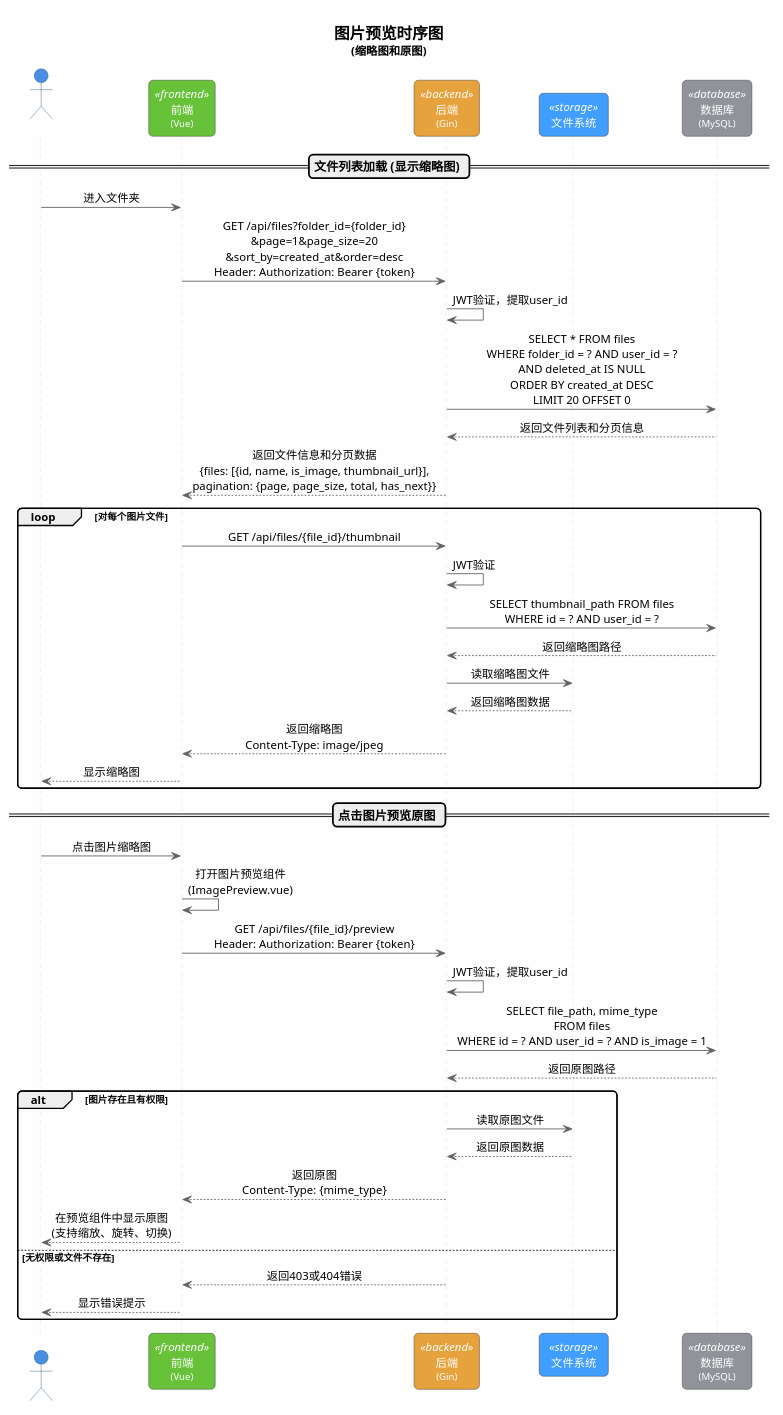
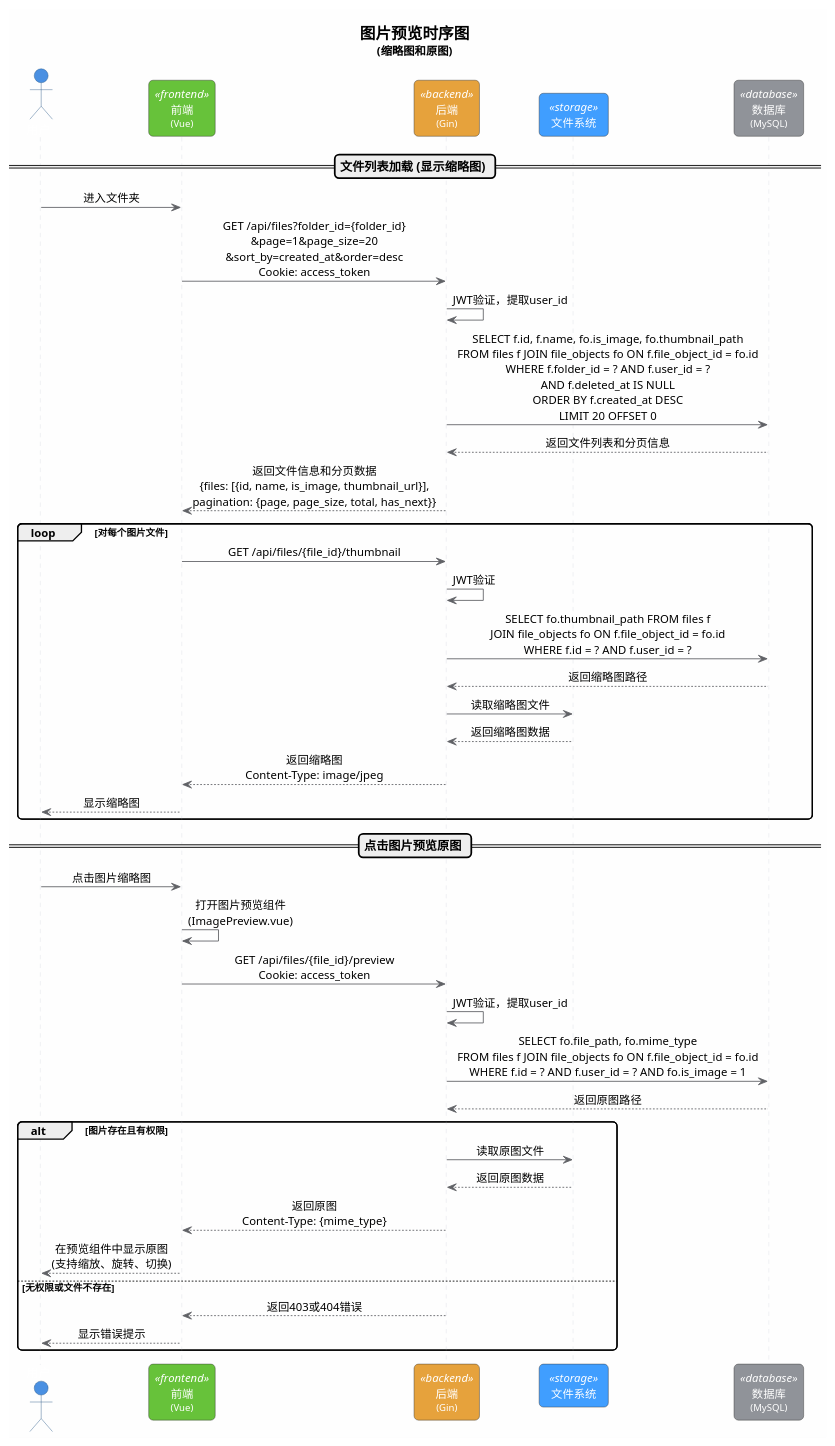
The fourth of 6 diagrams in doc/sequence-diagrams.puml (weiguangshuai/mCloud), drawn with PlantUML before and after one commit. The commit also changed other lines of this file and 6 other files, not shown here.

```diff
--- a/doc/sequence-diagrams.puml
+++ b/doc/sequence-diagrams.puml
@@ -380,87 +389,87 @@
 @startuml 图片预览流程
 
 '样式配置
 skinparam backgroundColor #FEFEFE
 skinparam sequenceMessageAlign center
 skinparam roundcorner 10
 skinparam shadowing false
 
 skinparam actor {
     BackgroundColor #4A90E2
     BorderColor #2E5C8A
     FontColor White
     FontSize 14
 }
 
 skinparam participant {
     BackgroundColor<<frontend>> #67C23A
     BackgroundColor<<backend>> #E6A23C
     BackgroundColor<<database>> #909399
     BackgroundColor<<storage>> #409EFF
     BorderColor #333333
     FontColor White
     FontSize 13
 }
 
 skinparam sequence {
     ArrowColor #606266
     LifeLineBorderColor #DCDFE6
     LifeLineBackgroundColor #F2F6FC
     BoxBackgroundColor #ECF5FF
     BoxBorderColor #409EFF
 }
 
 skinparam note {
     BackgroundColor #FFF9E6
     BorderColor #E6A23C
     FontSize 11
 }
 
 title <size:18><b>图片预览时序图</b></size>\n<size:13>(缩略图和原图)</size>
 
 actor 用户 as User
 participant "  前端  \n<size:11>(Vue)</size>" as Frontend <<frontend>>
 participant "  后端  \n<size:11>(Gin)</size>" as Backend <<backend>>
 participant "  文件系统  " as FileSystem <<storage>>
 participant "  数据库  \n<size:11>(MySQL)</size>" as DB <<database>>
 
 == <b><size:14>文件列表加载 (显示缩略图)</size></b> ==
 
 User -> Frontend: 进入文件夹
-Frontend -> Backend: GET /api/files?folder_id={folder_id}\n&page=1&page_size=20\n&sort_by=created_at&order=desc\nHeader: Authorization: Bearer {token}
+Frontend -> Backend: GET /api/files?folder_id={folder_id}\n&page=1&page_size=20\n&sort_by=created_at&order=desc\nCookie: access_token
 Backend -> Backend: JWT验证，提取user_id
-Backend -> DB: SELECT * FROM files\nWHERE folder_id = ? AND user_id = ?\nAND deleted_at IS NULL\nORDER BY created_at DESC\nLIMIT 20 OFFSET 0
+Backend -> DB: SELECT f.id, f.name, fo.is_image, fo.thumbnail_path\nFROM files f JOIN file_objects fo ON f.file_object_id = fo.id\nWHERE f.folder_id = ? AND f.user_id = ?\nAND f.deleted_at IS NULL\nORDER BY f.created_at DESC\nLIMIT 20 OFFSET 0
 DB --> Backend: 返回文件列表和分页信息
 Backend --> Frontend: 返回文件信息和分页数据\n{files: [{id, name, is_image, thumbnail_url}],\npagination: {page, page_size, total, has_next}}
 
 loop 对每个图片文件
     Frontend -> Backend: GET /api/files/{file_id}/thumbnail
     Backend -> Backend: JWT验证
-    Backend -> DB: SELECT thumbnail_path FROM files\nWHERE id = ? AND user_id = ?
+    Backend -> DB: SELECT fo.thumbnail_path FROM files f\nJOIN file_objects fo ON f.file_object_id = fo.id\nWHERE f.id = ? AND f.user_id = ?
     DB --> Backend: 返回缩略图路径
     Backend -> FileSystem: 读取缩略图文件
     FileSystem --> Backend: 返回缩略图数据
     Backend --> Frontend: 返回缩略图\nContent-Type: image/jpeg
     Frontend --> User: 显示缩略图
 end
 
 == <b><size:14>点击图片预览原图</size></b> ==
 
 User -> Frontend: 点击图片缩略图
 Frontend -> Frontend: 打开图片预览组件\n(ImagePreview.vue)
-Frontend -> Backend: GET /api/files/{file_id}/preview\nHeader: Authorization: Bearer {token}
+Frontend -> Backend: GET /api/files/{file_id}/preview\nCookie: access_token
 Backend -> Backend: JWT验证，提取user_id
-Backend -> DB: SELECT file_path, mime_type\nFROM files\nWHERE id = ? AND user_id = ? AND is_image = 1
+Backend -> DB: SELECT fo.file_path, fo.mime_type\nFROM files f JOIN file_objects fo ON f.file_object_id = fo.id\nWHERE f.id = ? AND f.user_id = ? AND fo.is_image = 1
 DB --> Backend: 返回原图路径
 
 alt 图片存在且有权限
     Backend -> FileSystem: 读取原图文件
     FileSystem --> Backend: 返回原图数据
     Backend --> Frontend: 返回原图\nContent-Type: {mime_type}
     Frontend --> User: 在预览组件中显示原图\n(支持缩放、旋转、切换)
 else 无权限或文件不存在
     Backend --> Frontend: 返回403或404错误
     Frontend --> User: 显示错误提示
 end
 
 @enduml
```
